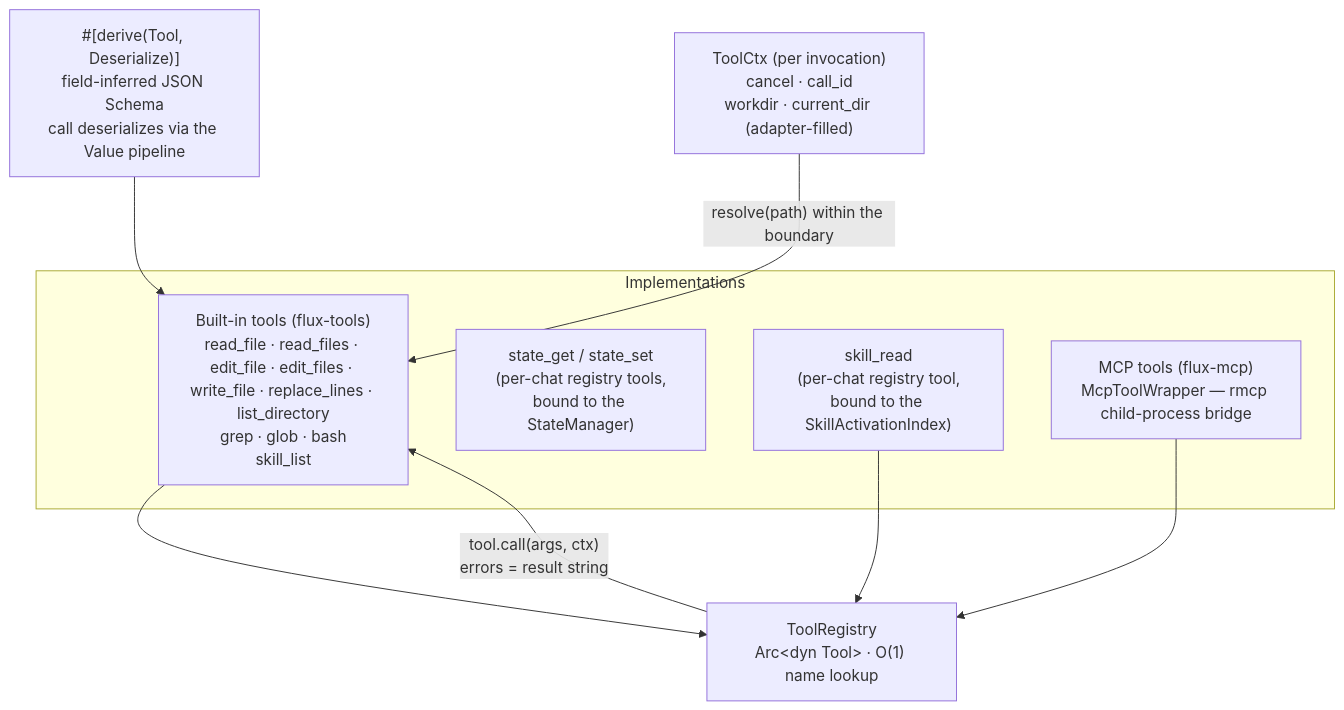
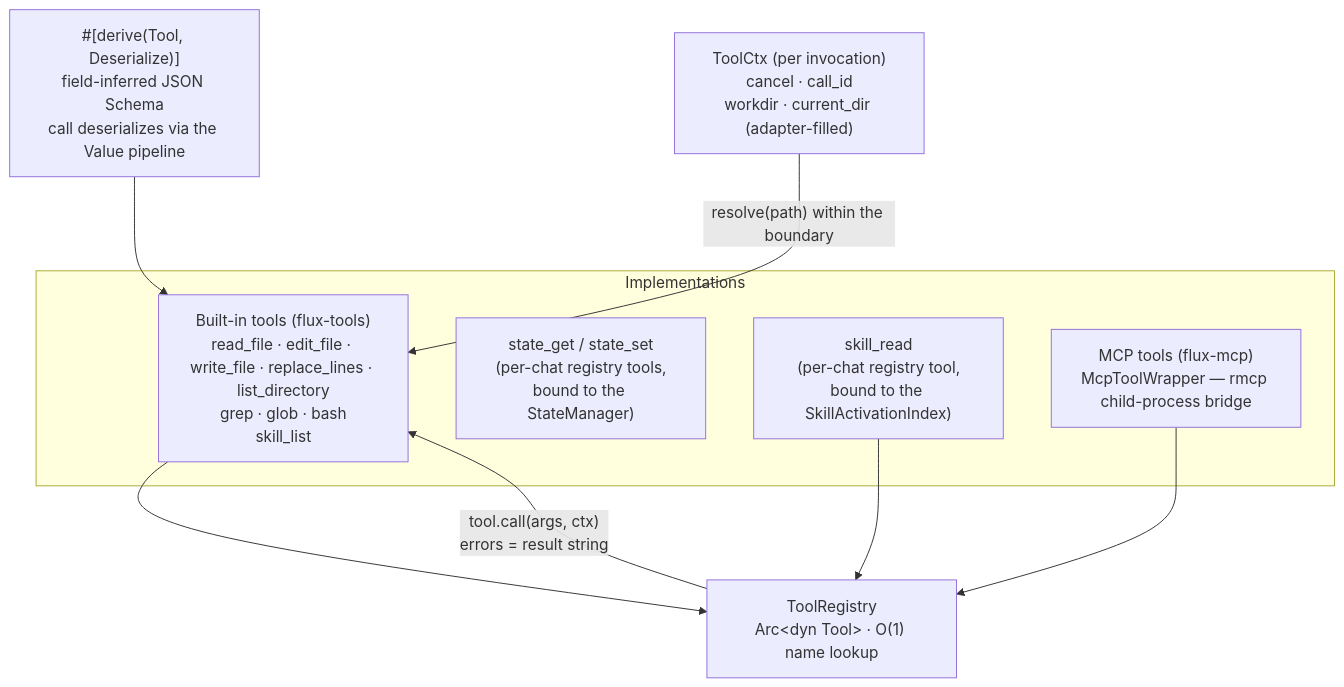
Before and after one commit to km0e/flux: the fifth of 8 diagrams in docs/architecture-en.md, drawn with Mermaid. The commit also changed other lines of this file and 22 other files, not shown here.

First line of the commit message:
feat: v0.2.1..HEAD squashed — batched search on ripgrep's library split, single-file multi-op read/edit tools, web history fixes

````diff
--- a/docs/architecture-en.md
+++ b/docs/architecture-en.md
@@ -236,18 +274,18 @@
 ```mermaid
 graph TB
  MACRO["#[derive(Tool, Deserialize)]<br/>field-inferred JSON Schema<br/>call deserializes via the Value pipeline"]
  subgraph IMPL["Implementations"]
- BUILTIN["Built-in tools (flux-tools)<br/>read_file · read_files · edit_file · edit_files · write_file · replace_lines · list_directory<br/>grep · glob · bash<br/>skill_list"]
+ BUILTIN["Built-in tools (flux-tools)<br/>read_file · edit_file · write_file · replace_lines · list_directory<br/>grep · glob · bash<br/>skill_list"]
  STATE["state_get / state_set<br/>(per-chat registry tools,<br/>bound to the StateManager)"]
  SKILL["skill_read<br/>(per-chat registry tool,<br/>bound to the SkillActivationIndex)"]
  MCPT["MCP tools (flux-mcp)<br/>McpToolWrapper — rmcp child-process bridge"]
  end
  REG["ToolRegistry<br/>Arc&lt;dyn Tool&gt; · O(1) name lookup"]
  CTX["ToolCtx (per invocation)<br/>cancel · call_id<br/>workdir · current_dir (adapter-filled)"]
  MACRO --> BUILTIN
  BUILTIN --> REG
  SKILL --> REG
  MCPT --> REG
  REG -->|"tool.call(args, ctx)<br/>errors = result string"| BUILTIN
  CTX -->|"resolve(path) within the boundary"| BUILTIN
 ```
````
